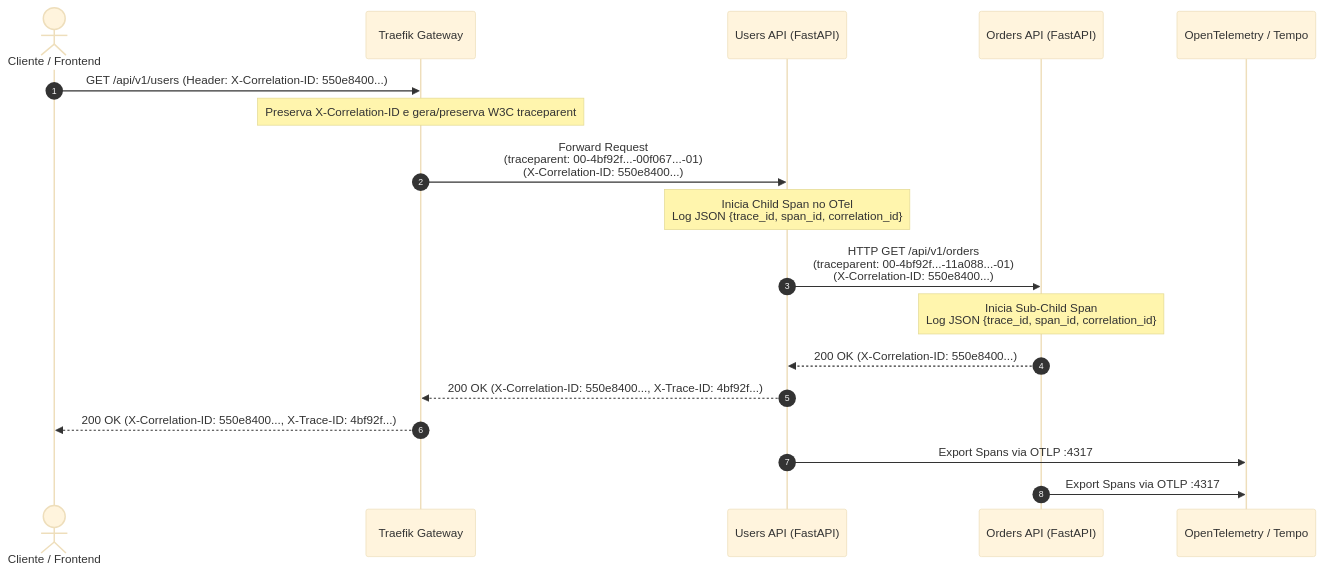
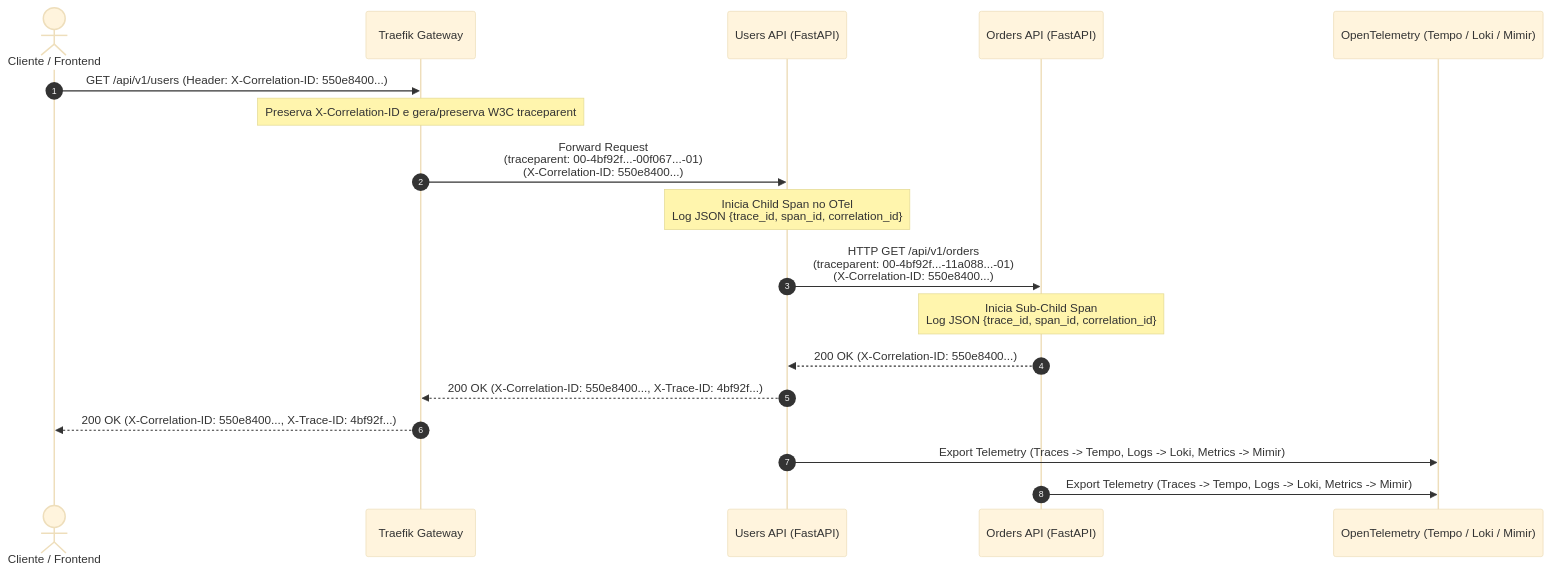
The sixth of 6 diagrams in Infrastructure Diagrams.md (GuiJeff0/monitor_lab), drawn with Mermaid (base theme) before and after one commit. The commit also changed other lines of this file and 8 other files, not shown here.

````diff
--- a/Infrastructure Diagrams.md
+++ b/Infrastructure Diagrams.md
@@ -204,26 +200,26 @@
 ```mermaid
 sequenceDiagram
     autonumber
     actor Client as Cliente / Frontend
     participant Traefik as Traefik Gateway
     participant Users as Users API (FastAPI)
     participant Orders as Orders API (FastAPI)
-    participant OTEL as OpenTelemetry / Tempo
+    participant OTEL as OpenTelemetry (Tempo / Loki / Mimir)
 
     Client->>Traefik: GET /api/v1/users (Header: X-Correlation-ID: 550e8400...)
     Note over Traefik: Preserva X-Correlation-ID e gera/preserva W3C traceparent
     Traefik->>Users: Forward Request<br/>(traceparent: 00-4bf92f...-00f067...-01)<br/>(X-Correlation-ID: 550e8400...)
     
     Note over Users: Inicia Child Span no OTel<br/>Log JSON {trace_id, span_id, correlation_id}
     
     Users->>Orders: HTTP GET /api/v1/orders<br/>(traceparent: 00-4bf92f...-11a088...-01)<br/>(X-Correlation-ID: 550e8400...)
     
     Note over Orders: Inicia Sub-Child Span<br/>Log JSON {trace_id, span_id, correlation_id}
     
     Orders-->>Users: 200 OK (X-Correlation-ID: 550e8400...)
     Users-->>Traefik: 200 OK (X-Correlation-ID: 550e8400..., X-Trace-ID: 4bf92f...)
     Traefik-->>Client: 200 OK (X-Correlation-ID: 550e8400..., X-Trace-ID: 4bf92f...)
     
-    Users->>OTEL: Export Spans via OTLP :4317
-    Orders->>OTEL: Export Spans via OTLP :4317
+    Users->>OTEL: Export Telemetry (Traces -> Tempo, Logs -> Loki, Metrics -> Mimir)
+    Orders->>OTEL: Export Telemetry (Traces -> Tempo, Logs -> Loki, Metrics -> Mimir)
 ```
````
